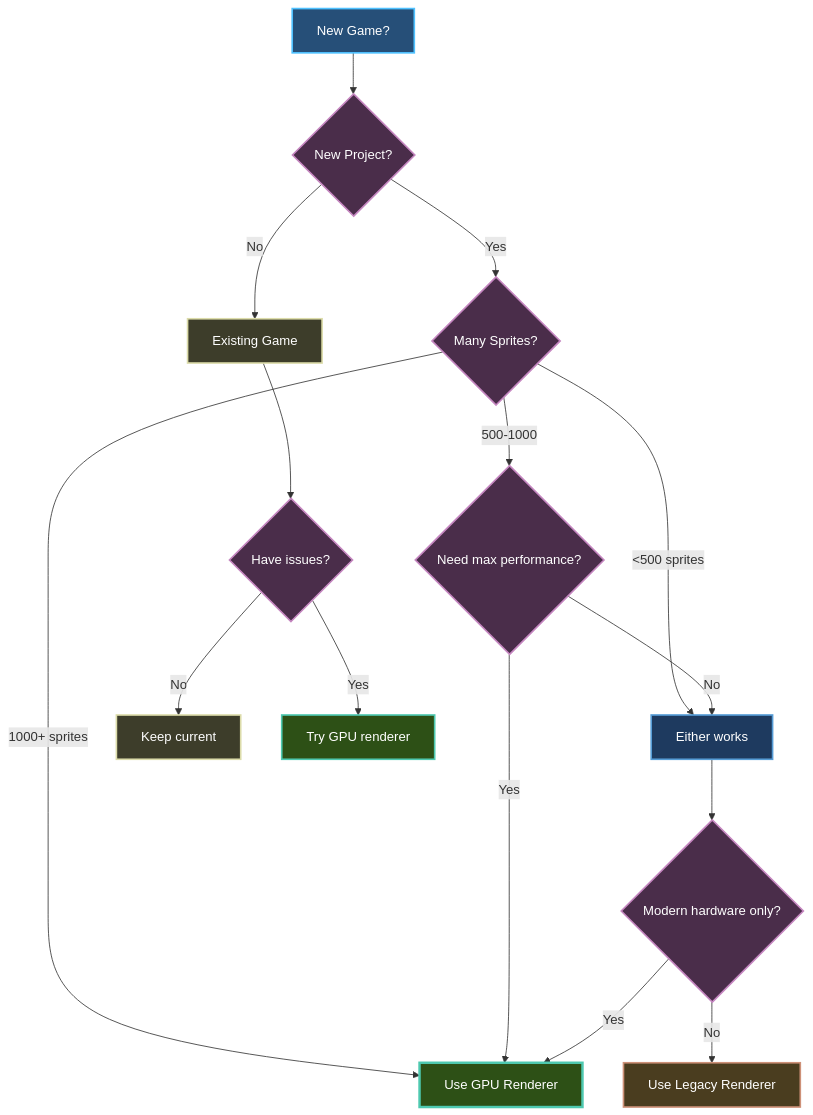
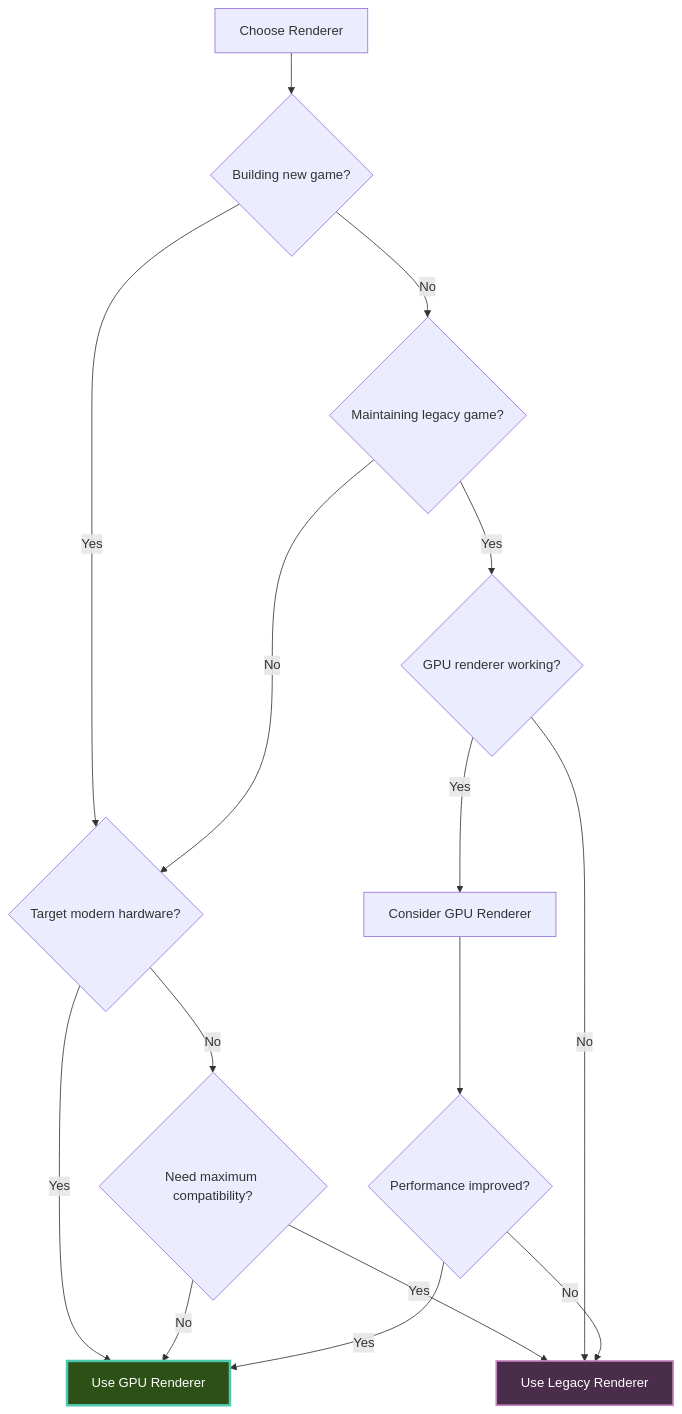
The diagram in docs/guides/rendering/choosing-renderer.md (CrazyPickleStudios/Brine2D-Documentation), drawn with Mermaid before and after one commit. The commit also changed other lines of this file and 19 other files, not shown here.

````diff
--- a/docs/guides/rendering/choosing-renderer.md
+++ b/docs/guides/rendering/choosing-renderer.md
@@ -24,34 +47,27 @@
-```mermaid
-graph TD
-    START["New Game?"] --> NEW{New Project?}
-    NEW -->|Yes| SPRITES{Many Sprites?}
-    NEW -->|No| EXISTING["Existing Game"]
+~~~mermaid
+graph TB
+    A[Choose Renderer]
+    A --> B{Building new game?}
     
-    SPRITES -->|"1000+ sprites"| GPU["Use GPU Renderer"]
-    SPRITES -->|"<500 sprites"| EITHER["Either works"]
-    SPRITES -->|"500-1000"| PERF{Need max performance?}
+    B -->|Yes| C{Target modern hardware?}
+    B -->|No| D{Maintaining legacy game?}
     
-    PERF -->|Yes| GPU
-    PERF -->|No| EITHER
+    C -->|Yes| E[Use GPU Renderer]
+    C -->|No| F{Need maximum compatibility?}
     
-    EITHER --> MODERN{Modern hardware only?}
-    MODERN -->|Yes| GPU
-    MODERN -->|No| LEGACY["Use Legacy Renderer"]
+    F -->|Yes| G[Use Legacy Renderer]
+    F -->|No| E
     
-    EXISTING --> ISSUES{Have issues?}
-    ISSUES -->|No| KEEP["Keep current"]
-    ISSUES -->|Yes| TRY["Try GPU renderer"]
+    D -->|Yes| H{GPU renderer working?}
+    D -->|No| C
     
-    style START fill:#264f78,stroke:#4fc1ff,stroke-width:2px,color:#fff
-    style NEW fill:#4a2d4a,stroke:#c586c0,stroke-width:2px,color:#fff
-    style SPRITES fill:#4a2d4a,stroke:#c586c0,stroke-width:2px,color:#fff
-    style PERF fill:#4a2d4a,stroke:#c586c0,stroke-width:2px,color:#fff
-    style MODERN fill:#4a2d4a,stroke:#c586c0,stroke-width:2px,color:#fff
-    style ISSUES fill:#4a2d4a,stroke:#c586c0,stroke-width:2px,color:#fff
-    style EXISTING fill:#3d3d2a,stroke:#dcdcaa,stroke-width:2px,color:#fff
-    style GPU fill:#2d5016,stroke:#4ec9b0,stroke-width:3px,color:#fff
-    style LEGACY fill:#4a3d1f,stroke:#ce9178,stroke-width:2px,color:#fff
-    style EITHER fill:#1e3a5f,stroke:#569cd6,stroke-width:2px,color:#fff
-    style KEEP fill:#3d3d2a,stroke:#dcdcaa,stroke-width:2px,color:#fff
-    style TRY fill:#2d5016,stroke:#4ec9b0,stroke-width:2px,color:#fff
-```
+    H -->|Yes| I[Consider GPU Renderer]
+    H -->|No| G
+    
+    I --> J{Performance improved?}
+    J -->|Yes| E
+    J -->|No| G
+    
+    style E fill:#2d5016,stroke:#4ec9b0,stroke-width:3px,color:#fff
+    style G fill:#4a2d4a,stroke:#c586c0,stroke-width:2px,color:#fff
+~~~
````
